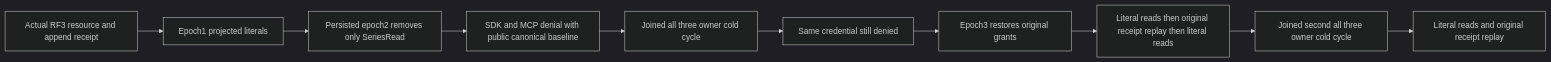
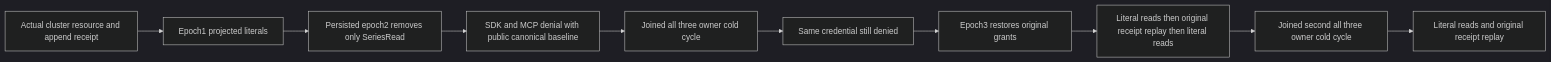
Before and after one commit to managedcode/KeyLoad: the diagram in docs/Features/TimeSeries/CurrentCapabilityPublicCold.md, drawn with Mermaid (dark theme). The commit also changed other lines of this file and 7356 other files, not shown here.

````diff
--- a/docs/Features/TimeSeries/CurrentCapabilityPublicCold.md
+++ b/docs/Features/TimeSeries/CurrentCapabilityPublicCold.md
@@ -11,12 +11,12 @@
 ```mermaid
 flowchart LR
-    Seed[Actual RF3 resource and append receipt] --> E1[Epoch1 projected literals]
+    Seed[Actual cluster resource and append receipt] --> E1[Epoch1 projected literals]
     E1 --> E2[Persisted epoch2 removes only SeriesRead]
     E2 --> D1[SDK and MCP denial with public canonical baseline]
     D1 --> C1[Joined all three owner cold cycle]
     C1 --> D2[Same credential still denied]
     D2 --> E3[Epoch3 restores original grants]
     E3 --> H[Literal reads then original receipt replay then literal reads]
     H --> C2[Joined second all three owner cold cycle]
     C2 --> H2[Literal reads and original receipt replay]
 ```
````
